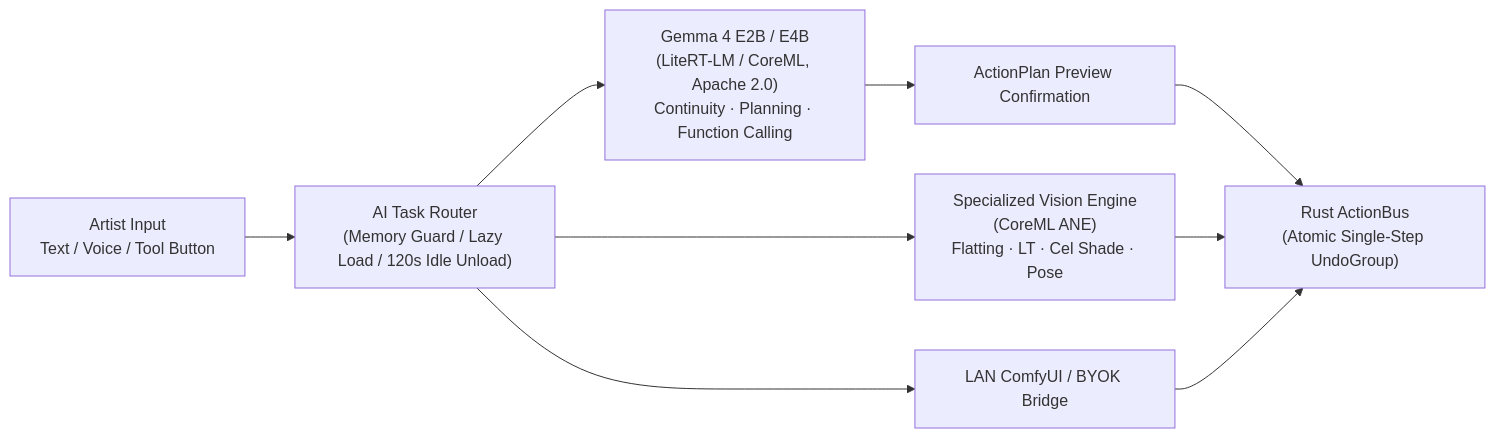
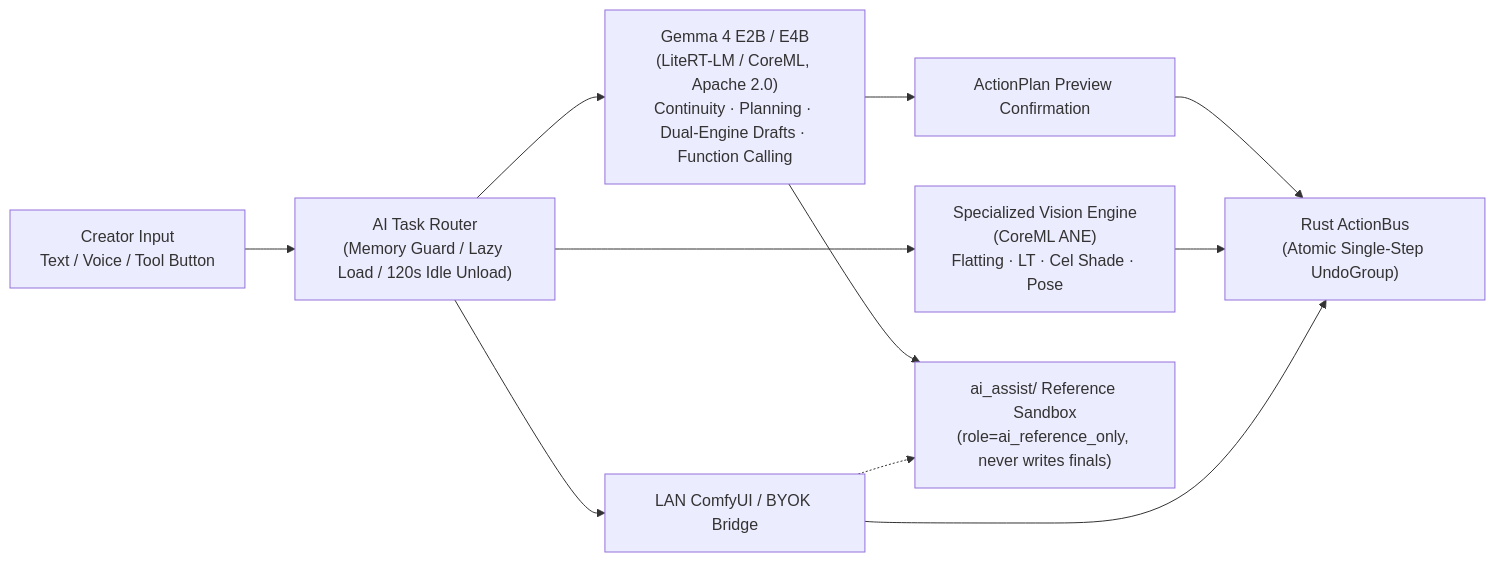
The diagram in docs/en/03-ai-assistant-spec.md (70sDushuren/About-Paint-Tools), drawn with Mermaid before and after one commit. The commit also changed other lines of this file and 29 other files, not shown here.

Commit message:
feat: add Dual-Engine Novel x Manga Parallel Studio to v1.0, CPFF v1.0, Rust core, and 5-locale i18n

````diff
--- a/docs/en/03-ai-assistant-spec.md
+++ b/docs/en/03-ai-assistant-spec.md
@@ -67,11 +78,13 @@
 ```mermaid
 flowchart LR
-    Input["Artist Input<br/>Text / Voice / Tool Button"] --> Router["AI Task Router<br/>(Memory Guard / Lazy Load / 120s Idle Unload)"]
-    Router --> Gemma["Gemma 4 E2B / E4B<br/>(LiteRT-LM / CoreML, Apache 2.0)<br/>Continuity · Planning · Function Calling"]
+    Input["Creator Input<br/>Text / Voice / Tool Button"] --> Router["AI Task Router<br/>(Memory Guard / Lazy Load / 120s Idle Unload)"]
+    Router --> Gemma["Gemma 4 E2B / E4B<br/>(LiteRT-LM / CoreML, Apache 2.0)<br/>Continuity · Planning · Dual-Engine Drafts · Function Calling"]
     Router --> Vision["Specialized Vision Engine<br/>(CoreML ANE)<br/>Flatting · LT · Cel Shade · Pose"]
     Router --> BYOK["LAN ComfyUI / BYOK Bridge"]
     Gemma --> Preview["ActionPlan Preview Confirmation"]
+    Gemma --> Iso["ai_assist/ Reference Sandbox<br/>(role=ai_reference_only, never writes finals)"]
     Preview --> Bus["Rust ActionBus<br/>(Atomic Single-Step UndoGroup)"]
     Vision --> Bus
     BYOK --> Bus
+    BYOK -.-> Iso
 ```
````
